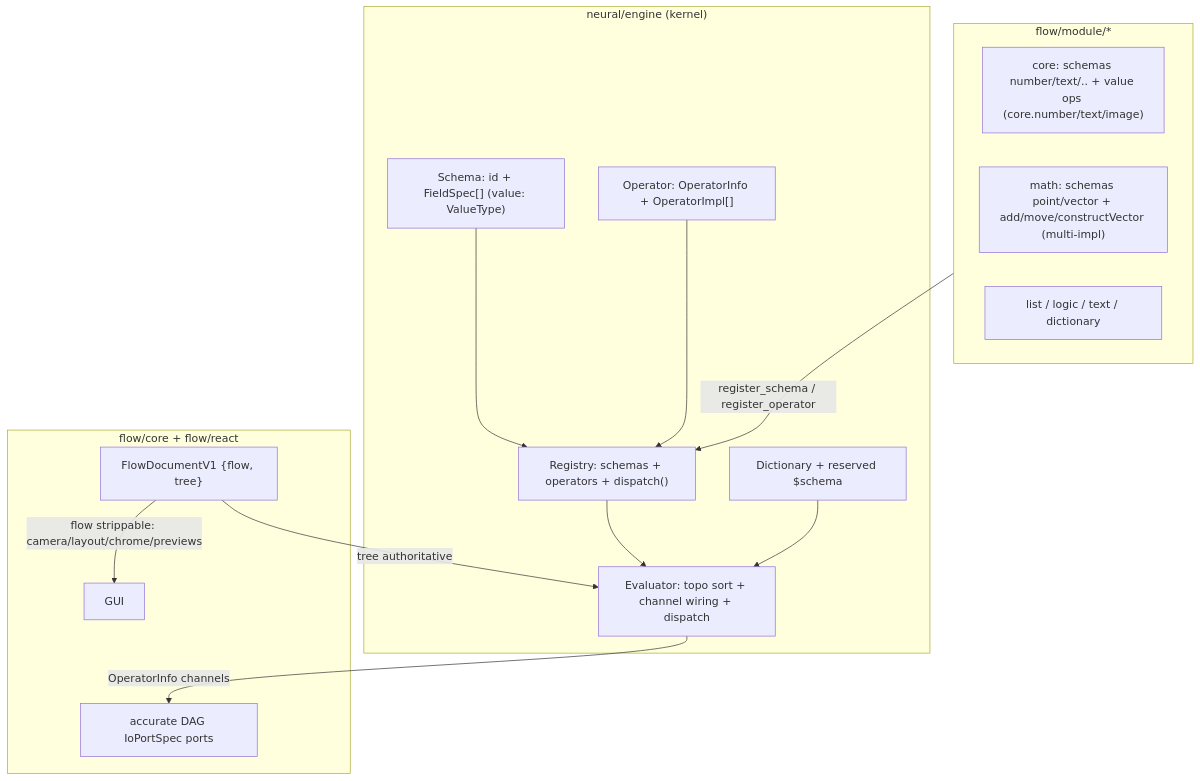
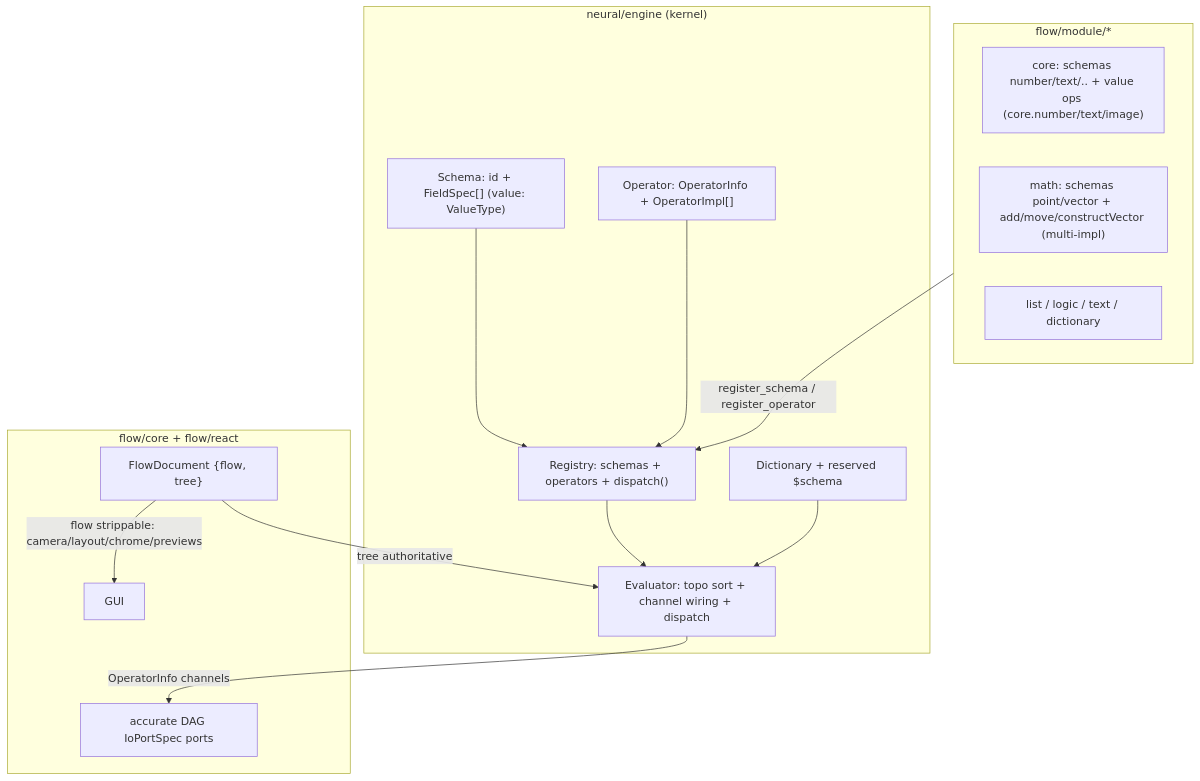
The diagram in .cursor/plans/neural_schemas_and_operators_f692e604.plan.md (usalu/semio), drawn with Mermaid before and after one commit. The commit also changed other lines of this file and 473 other files, not shown here.

````diff
--- a/.cursor/plans/neural_schemas_and_operators_f692e604.plan.md
+++ b/.cursor/plans/neural_schemas_and_operators_f692e604.plan.md
@@ -52,26 +52,26 @@
 ```mermaid
 flowchart TB
   subgraph neural["neural/engine (kernel)"]
     Schema["Schema: id + FieldSpec[] (value: ValueType)"]
     Dict["Dictionary + reserved $schema"]
     Op["Operator: OperatorInfo + OperatorImpl[]"]
     Reg["Registry: schemas + operators + dispatch()"]
     Eval["Evaluator: topo sort + channel wiring + dispatch"]
     Schema --> Reg
     Op --> Reg
     Reg --> Eval
     Dict --> Eval
   end
   subgraph modules["flow/module/*"]
     Core["core: schemas number/text/.. + value ops (core.number/text/image)"]
     Math["math: schemas point/vector + add/move/constructVector (multi-impl)"]
     Others["list / logic / text / dictionary"]
   end
   modules -->|register_schema / register_operator| Reg
   subgraph flow["flow/core + flow/react"]
-    Doc["FlowDocumentV1 {flow, tree}"]
+    Doc["FlowDocument {flow, tree}"]
     Doc -->|tree authoritative| Eval
     Doc -->|flow strippable: camera/layout/chrome/previews| GUI
     Eval -->|OperatorInfo channels| Ports["accurate DAG IoPortSpec ports"]
   end
 ```
````
